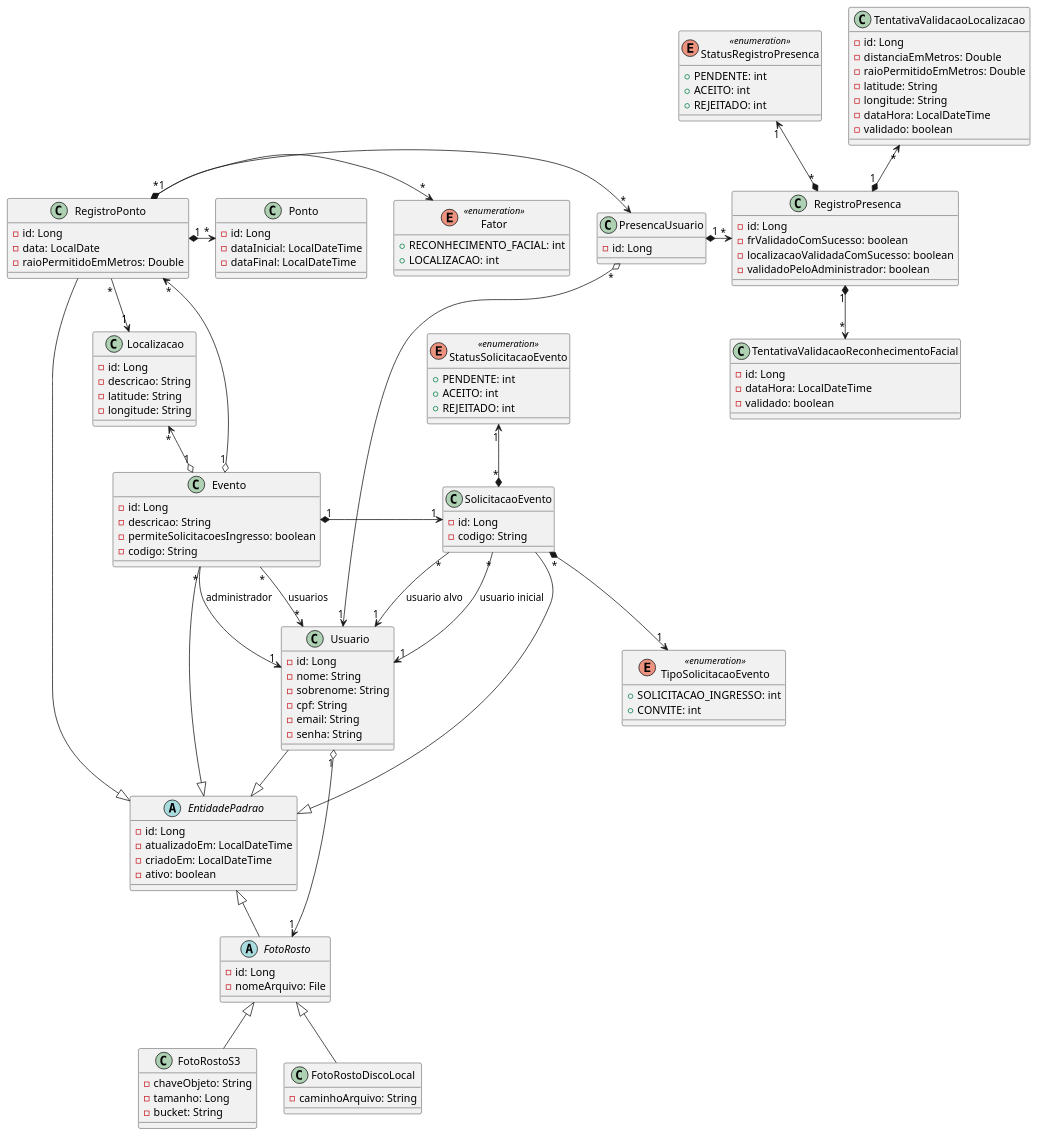
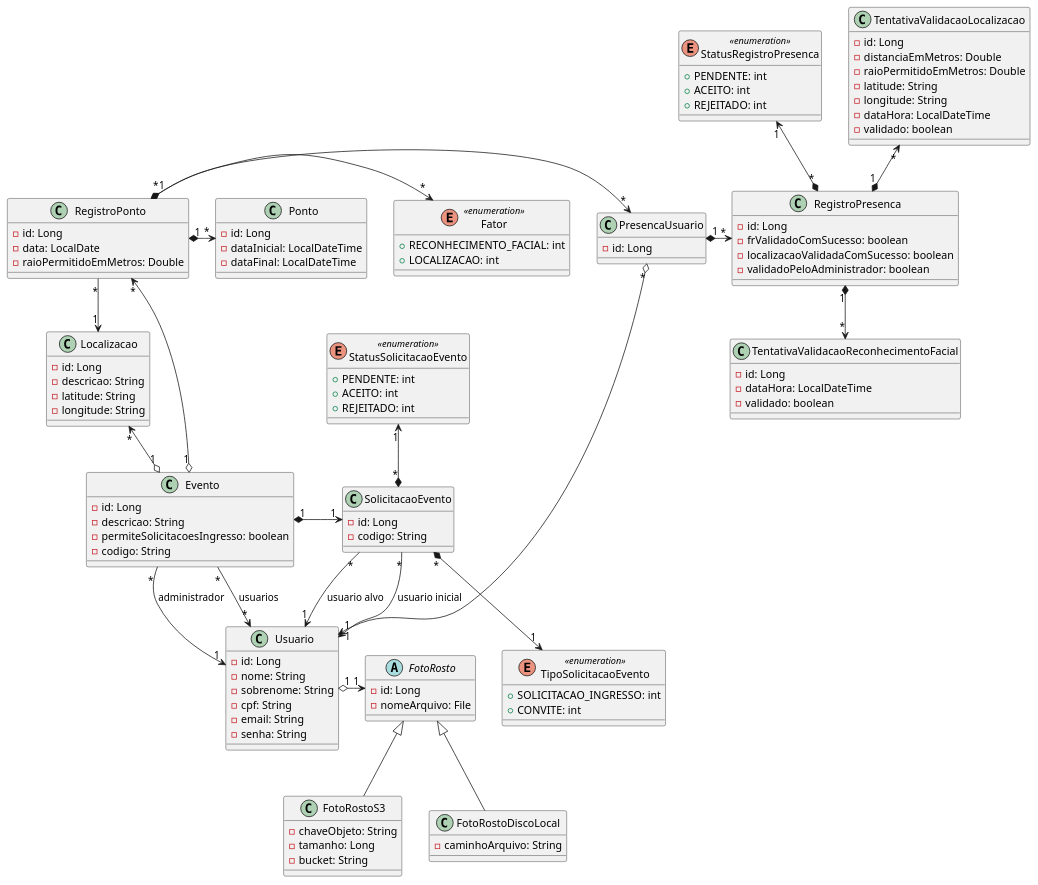
Before and after one commit to luan-coelho/facelocus: the diagram in backend/diagram-class.plantuml, drawn with PlantUML. The commit also changed 9 other files, not shown here.

```diff
--- a/backend/diagram-class.plantuml
+++ b/backend/diagram-class.plantuml
@@ -1,146 +1,134 @@
 @startuml
-abstract class EntidadePadrao {
-    - id: Long
-    - atualizadoEm: LocalDateTime
-    - criadoEm: LocalDateTime
-    - ativo: boolean
-}
-
 class Usuario {
     - id: Long
     - nome: String
     - sobrenome: String
     - cpf: String
     - email: String
     - senha: String
 }
 
 abstract class FotoRosto {
     - id: Long
     - nomeArquivo: File
 }
 
 class FotoRostoS3 {
     - chaveObjeto: String
     - tamanho: Long
     - bucket: String
 }
 
 class FotoRostoDiscoLocal {
     - caminhoArquivo: String
 }
 
 class Evento {
     - id: Long
     - descricao: String
     - permiteSolicitacoesIngresso: boolean
     - codigo: String
 }
 
 class Localizacao {
     - id: Long
     - descricao: String
     - latitude: String
     - longitude: String
 }
 
 class SolicitacaoEvento {
     - id: Long
     - codigo: String
 }
 
 enum StatusSolicitacaoEvento << enumeration >> {
     + PENDENTE: int
     + ACEITO: int
     + REJEITADO: int
 }
 
 enum TipoSolicitacaoEvento << enumeration >> {
     + SOLICITACAO_INGRESSO: int
     + CONVITE: int
 }
 
 class RegistroPonto {
     - id: Long
     - data: LocalDate
     - raioPermitidoEmMetros: Double
 }
 
 class Ponto {
     - id: Long
     - dataInicial: LocalDateTime
     - dataFinal: LocalDateTime
 }
 
 enum Fator << enumeration >> {
     + RECONHECIMENTO_FACIAL: int
     + LOCALIZACAO: int
 }
 
 class PresencaUsuario {
     - id: Long
 }
 
 class TentativaValidacaoReconhecimentoFacial {
     - id: Long
     - dataHora: LocalDateTime
     - validado: boolean
 }
 
 class TentativaValidacaoLocalizacao {
     - id: Long
     - distanciaEmMetros: Double
     - raioPermitidoEmMetros: Double
     - latitude: String
     - longitude: String
     - dataHora: LocalDateTime
     - validado: boolean
 }
 
 class RegistroPresenca {
     - id: Long
     - frValidadoComSucesso: boolean
     - localizacaoValidadaComSucesso: boolean
     - validadoPeloAdministrador: boolean
 }
 
 enum StatusRegistroPresenca << enumeration >> {
     + PENDENTE: int
     + ACEITO: int
     + REJEITADO: int
 }
 
-Usuario --|> EntidadePadrao
-Evento --|> EntidadePadrao
-SolicitacaoEvento --|> EntidadePadrao
-RegistroPonto --|> EntidadePadrao
 FotoRostoS3 -up-|> FotoRosto
 FotoRostoDiscoLocal -up-|> FotoRosto
-FotoRosto -up-|> EntidadePadrao
 
 Usuario "1" o-> "1" FotoRosto
 
 Evento "1" o-up-> "*" RegistroPonto
 Evento "1" o-up-> "*" Localizacao
 Evento "*" -down-> "*" Usuario : usuarios
 Evento "*" --> "1" Usuario : administrador
 Evento "1" *-> "1" SolicitacaoEvento
 
 RegistroPonto "1" *-> "*" Ponto
 RegistroPonto "*" o-> "*" Fator
 RegistroPonto "*" --> "1" Localizacao
 RegistroPonto "1" *-> "*" PresencaUsuario
 
 PresencaUsuario "1" *-> "*" RegistroPresenca
 PresencaUsuario "*" o-> "1" Usuario
 
 RegistroPresenca "1" *-down-> "*" TentativaValidacaoReconhecimentoFacial
 RegistroPresenca "1" *-up-> "*" TentativaValidacaoLocalizacao
 RegistroPresenca "*" *-up-> "1" StatusRegistroPresenca
 
 SolicitacaoEvento "*" --> "1" Usuario : usuario inicial
 SolicitacaoEvento "*" --> "1" Usuario : usuario alvo
 SolicitacaoEvento "*" *-up-> "1" StatusSolicitacaoEvento
 SolicitacaoEvento "*" *-down-> "1" TipoSolicitacaoEvento
 
 @enduml
```
